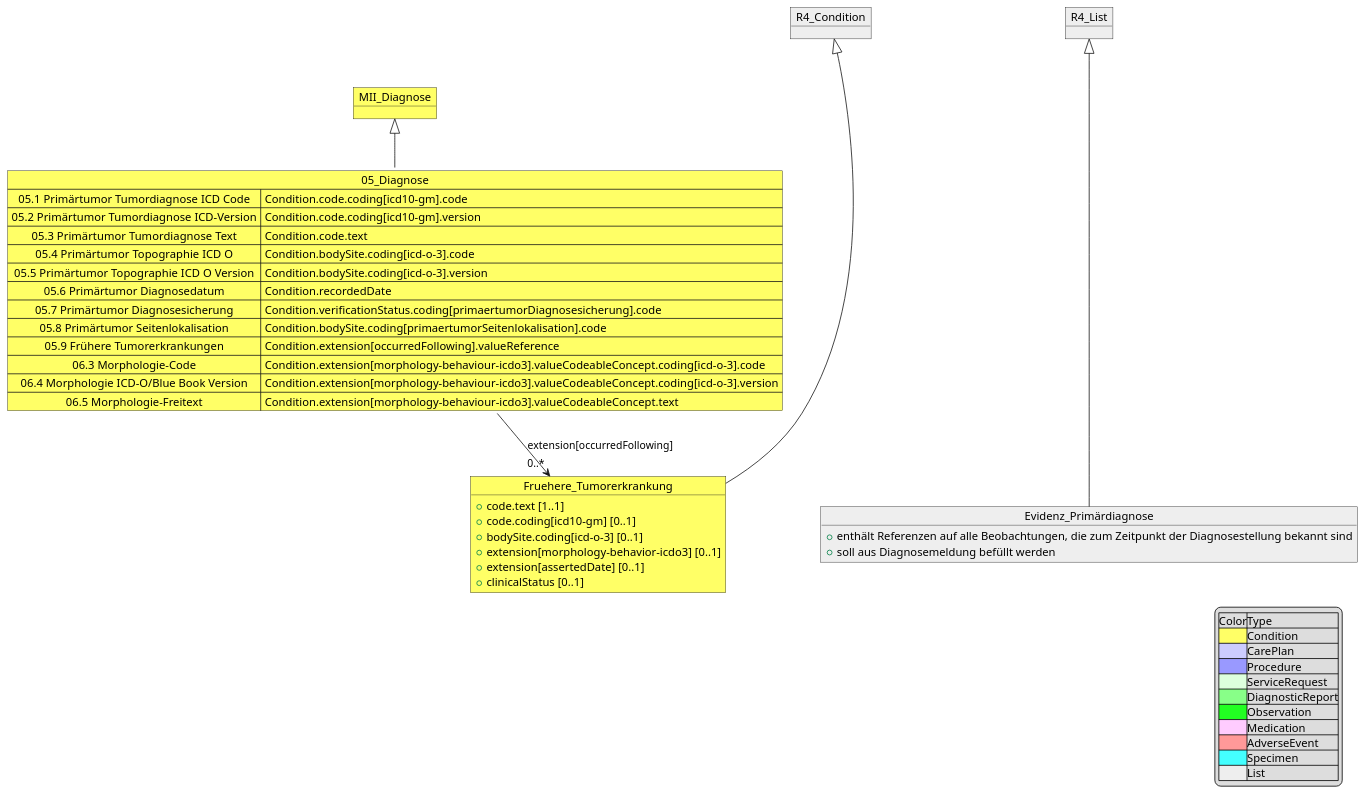
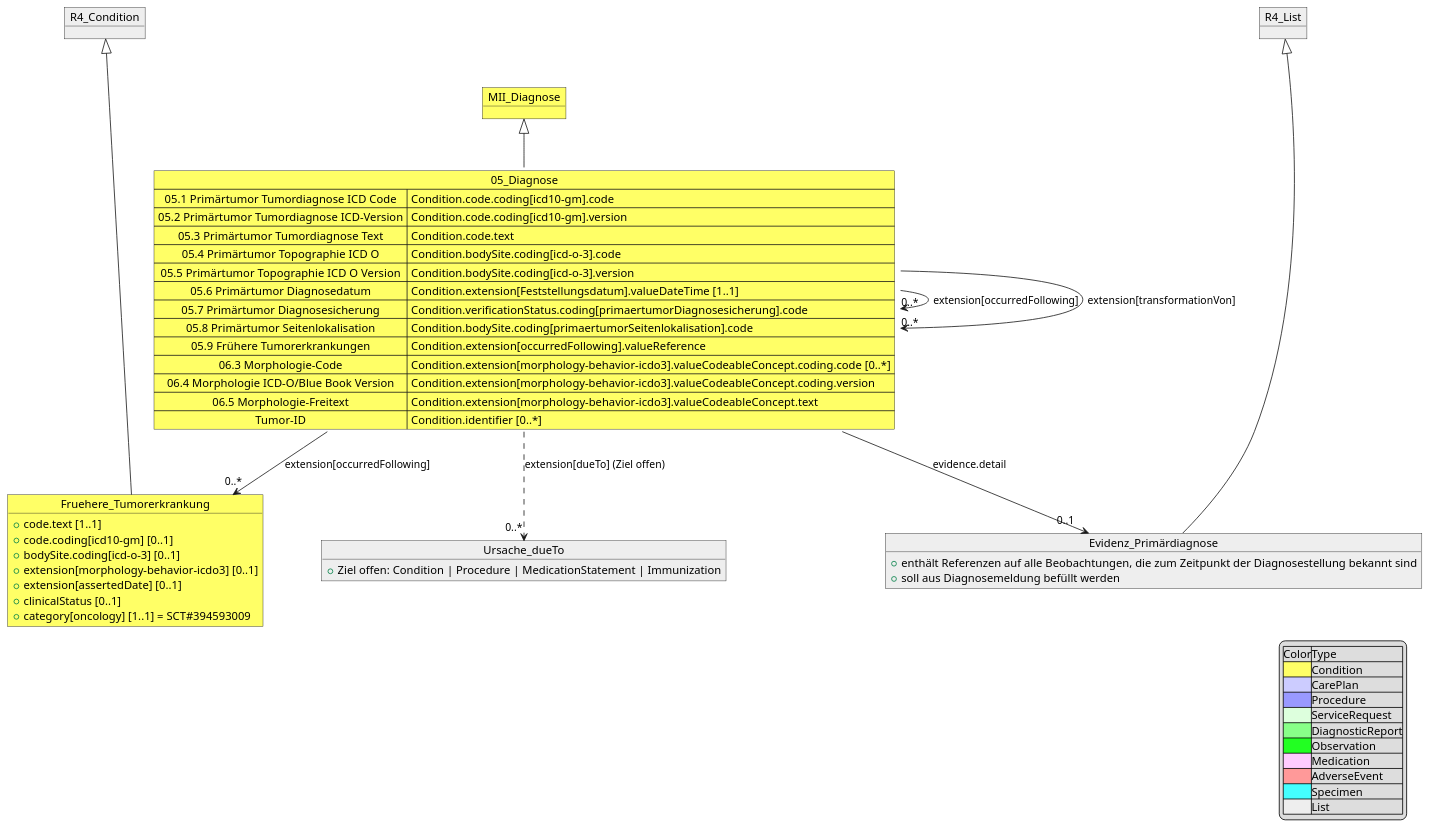
Before and after one commit to medizininformatik-initiative/kerndatensatzmodul-onkologie: the diagram in input/images-source/MII_Onko_05_Diagnosis.pu, drawn with PlantUML. The commit also changed 26 other files, not shown here.

```diff
--- a/input/images-source/MII_Onko_05_Diagnosis.pu
+++ b/input/images-source/MII_Onko_05_Diagnosis.pu
@@ -1,55 +1,65 @@
 @startuml MII_Onko_05_Diagnosis
 object MII_Diagnose #FFFF66
 Map 05_Diagnose #FFFF66 {
  05.1 Primärtumor Tumordiagnose ICD Code => Condition.code.coding[icd10-gm].code
  05.2 Primärtumor Tumordiagnose ICD-Version => Condition.code.coding[icd10-gm].version
  05.3 Primärtumor Tumordiagnose Text => Condition.code.text
  05.4 Primärtumor Topographie ICD O => Condition.bodySite.coding[icd-o-3].code
  05.5 Primärtumor Topographie ICD O Version => Condition.bodySite.coding[icd-o-3].version
- 05.6 Primärtumor Diagnosedatum => Condition.recordedDate
+ 05.6 Primärtumor Diagnosedatum => Condition.extension[Feststellungsdatum].valueDateTime [1..1]
  05.7 Primärtumor Diagnosesicherung => Condition.verificationStatus.coding[primaertumorDiagnosesicherung].code
  05.8 Primärtumor Seitenlokalisation => Condition.bodySite.coding[primaertumorSeitenlokalisation].code
  05.9 Frühere Tumorerkrankungen => Condition.extension[occurredFollowing].valueReference
- 06.3 Morphologie-Code => Condition.extension[morphology-behaviour-icdo3].valueCodeableConcept.coding[icd-o-3].code
- 06.4 Morphologie ICD-O/Blue Book Version => Condition.extension[morphology-behaviour-icdo3].valueCodeableConcept.coding[icd-o-3].version
- 06.5 Morphologie-Freitext => Condition.extension[morphology-behaviour-icdo3].valueCodeableConcept.text
-} 
+ 06.3 Morphologie-Code => Condition.extension[morphology-behavior-icdo3].valueCodeableConcept.coding.code [0..*]
+ 06.4 Morphologie ICD-O/Blue Book Version => Condition.extension[morphology-behavior-icdo3].valueCodeableConcept.coding.version
+ 06.5 Morphologie-Freitext => Condition.extension[morphology-behavior-icdo3].valueCodeableConcept.text
+ Tumor-ID => Condition.identifier [0..*]
+}
 
 MII_Diagnose <|-down- 05_Diagnose
 
 object R4_Condition #EEEEEE
 object Fruehere_Tumorerkrankung #FFFF66 {
     + code.text [1..1]
     + code.coding[icd10-gm] [0..1]
     + bodySite.coding[icd-o-3] [0..1]
     + extension[morphology-behavior-icdo3] [0..1]
     + extension[assertedDate] [0..1]
     + clinicalStatus [0..1]
+    + category[oncology] [1..1] = SCT#394593009
 }
 R4_Condition <|---- Fruehere_Tumorerkrankung
 05_Diagnose --> "0..*" Fruehere_Tumorerkrankung : extension[occurredFollowing]
+05_Diagnose --> "0..*" 05_Diagnose : extension[occurredFollowing]
+05_Diagnose --> "0..*" 05_Diagnose : extension[transformationVon]
+
+object Ursache_dueTo #EEEEEE {
+    + Ziel offen: Condition | Procedure | MedicationStatement | Immunization
+}
+05_Diagnose ..> "0..*" Ursache_dueTo : extension[dueTo] (Ziel offen)
 
 object R4_List #EEEEEE
 object Evidenz_Primärdiagnose #EEEEEE {
     + enthält Referenzen auf alle Beobachtungen, die zum Zeitpunkt der Diagnosestellung bekannt sind
     + soll aus Diagnosemeldung befüllt werden
 }
 R4_List <|---- Evidenz_Primärdiagnose
+05_Diagnose --> "0..1" Evidenz_Primärdiagnose : evidence.detail
 
 legend right 
 |Color|Type|
 |<#FFFF66>|Condition|
 |<#CCCCFF>|CarePlan|
 |<#9999FF>|Procedure|
 |<#DDFFDD>|ServiceRequest|
 |<#88FF88>|DiagnosticReport|
 |<#22FF22>|Observation|
 |<#FFCCFF>|Medication|
 |<#FF9999>|AdverseEvent|
 |<#44FFFF>|Specimen|
 |<#EEEEEE>|List|
 endlegend
 
 
 
 @enduml
```
